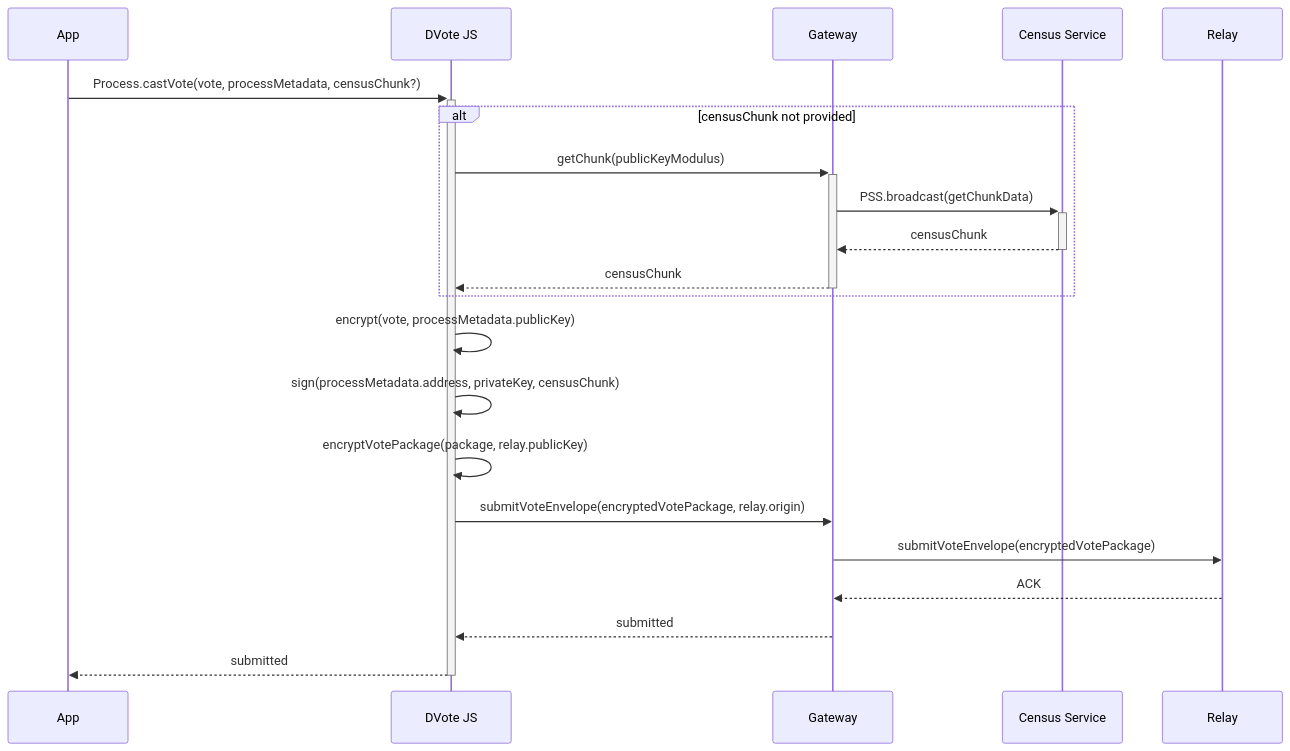
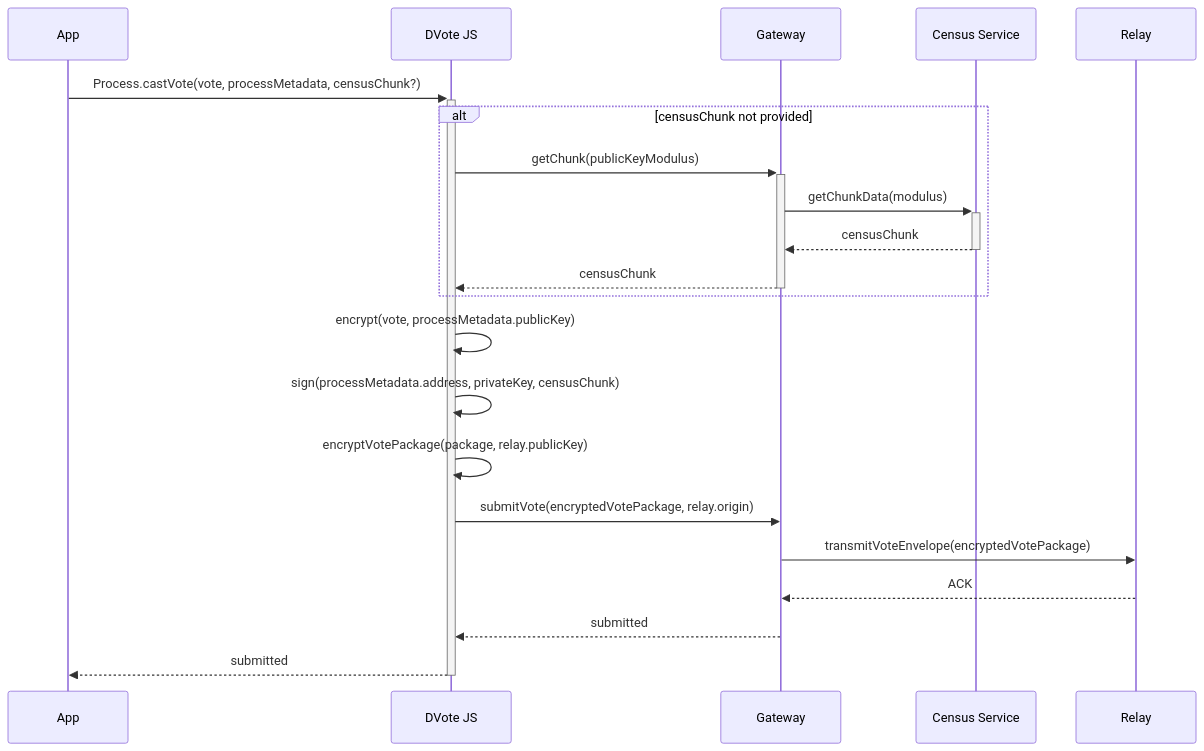
One commit to vocdoni/docs changed diagram 11 of 15 in docs/protocol/sequence-diagrams.md. Above: the diagram before and after it, drawn with Mermaid. The commit also changed other lines of this file, not shown here.

Commit message:
modified sequence diagrams to include gateway dependency

````diff
--- a/docs/protocol/sequence-diagrams.md
+++ b/docs/protocol/sequence-diagrams.md
@@ -388,37 +424,37 @@
 ```mermaid
 sequenceDiagram
 
     participant App
     participant DV as DVote JS
     participant GW as Gateway
     participant CS as Census Service
     participant RL as Relay
 
     App->>+DV: Process.castVote(vote, processMetadata, censusChunk?)
 
         alt censusChunk not provided
 
             DV->>+GW: getChunk(publicKeyModulus)
 
-            GW->>+CS: PSS.broadcast(getChunkData)
+            GW->>+CS: getChunkData(modulus)
             CS-->>-GW: censusChunk
 
             GW-->>-DV: censusChunk
 
         end
 
         DV->>DV: encrypt(vote, processMetadata.publicKey)
 
         DV->>DV: sign(processMetadata.address, privateKey, censusChunk)
 
         DV->>DV: encryptVotePackage(package, relay.publicKey)
 
-        DV->>GW: submitVoteEnvelope(encryptedVotePackage, relay.origin)
+        DV->>GW: submitVote(encryptedVotePackage, relay.origin)
 
-            GW->>RL: submitVoteEnvelope(encryptedVotePackage)
+            GW->>RL: transmitVoteEnvelope(encryptedVotePackage)
             RL-->>GW: ACK
 
         GW-->>DV: submitted
 
     DV-->>-App: submitted
 ```
````
